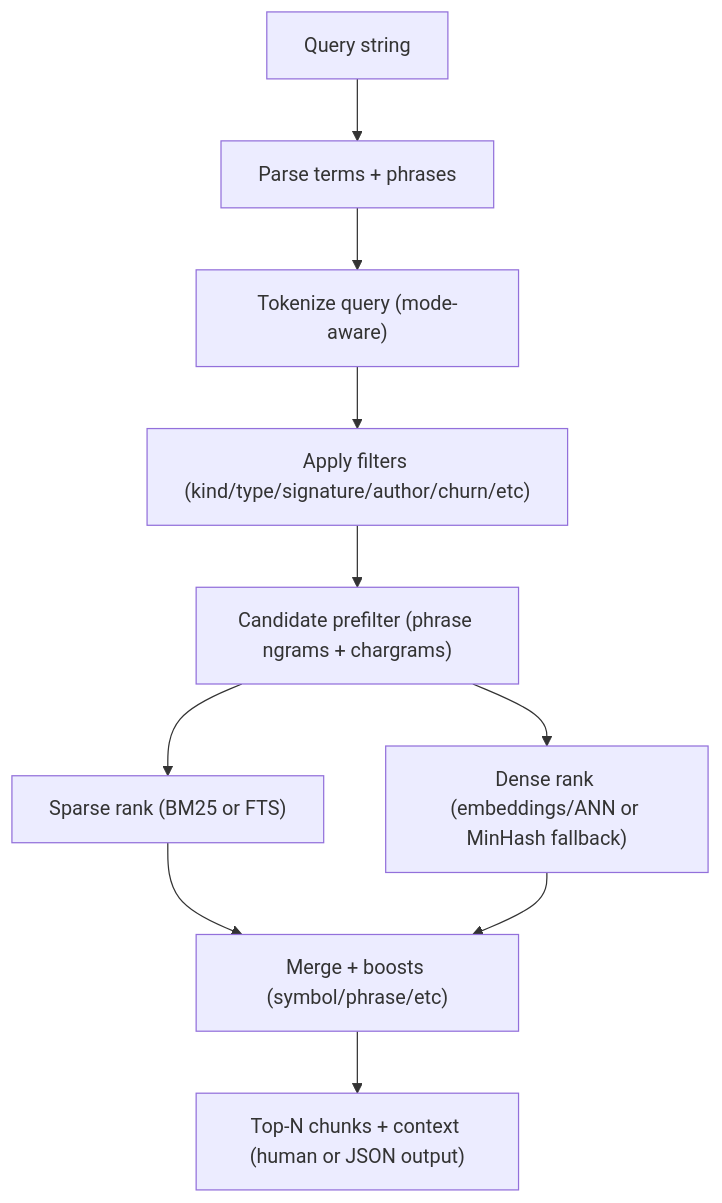
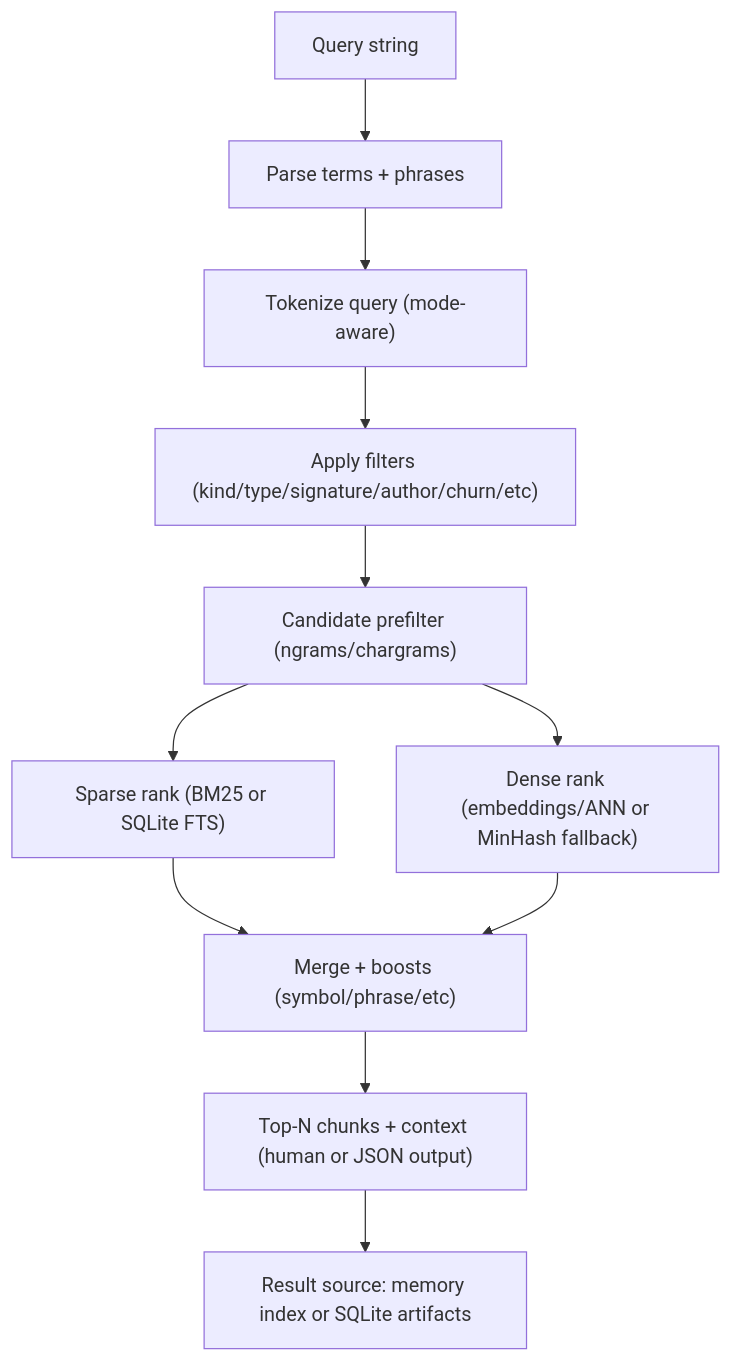
Before and after one commit to doublemover/PairOfCleats: the second of 2 diagrams in README.md, drawn with Mermaid. The commit also changed other lines of this file, not shown here.

````diff
--- a/README.md
+++ b/README.md
@@ -284,12 +296,13 @@
 ```mermaid
 flowchart TB
   Q["Query string"] --> P["Parse terms + phrases"]
   P --> T["Tokenize query (mode-aware)"]
   T --> F["Apply filters (kind/type/signature/author/churn/etc)"]
-  F --> C["Candidate prefilter (phrase ngrams + chargrams)"]
-  C --> S["Sparse rank (BM25 or FTS)"]
+  F --> C["Candidate prefilter (ngrams/chargrams)"]
+  C --> S["Sparse rank (BM25 or SQLite FTS)"]
   C --> D["Dense rank (embeddings/ANN or MinHash fallback)"]
   S --> M["Merge + boosts (symbol/phrase/etc)"]
   D --> M
   M --> O["Top-N chunks + context (human or JSON output)"]
+  O --> R["Result source: memory index or SQLite artifacts"]
 ```
````
